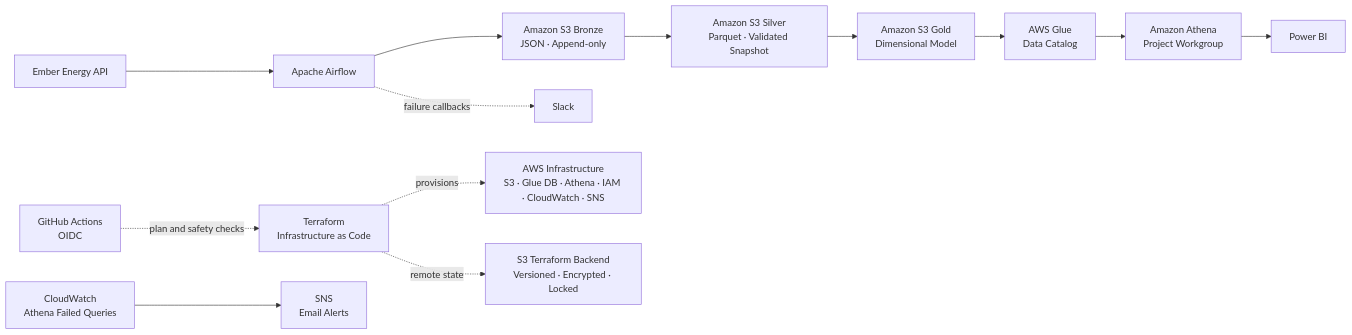
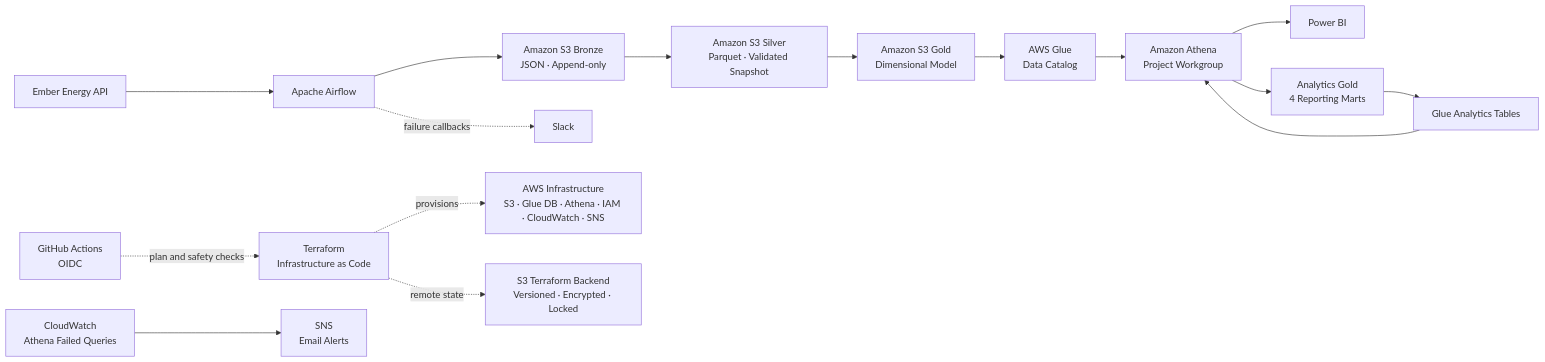
The first of 2 diagrams in docs/architecture/architecture.md (georgeballa7/EuropeanEnergyDataAnalytics), drawn with Mermaid before and after one commit. The commit also changed other lines of this file, not shown here.

Commit message:
Update docs/architecture/architecture.md for six-task Analytics Gold pipeline

````diff
--- a/docs/architecture/architecture.md
+++ b/docs/architecture/architecture.md
@@ -5,16 +5,19 @@
 ```mermaid
 flowchart LR
     API["Ember Energy API"] --> AF["Apache Airflow"]
     AF --> B["Amazon S3 Bronze<br/>JSON · Append-only"]
     B --> S["Amazon S3 Silver<br/>Parquet · Validated Snapshot"]
     S --> G["Amazon S3 Gold<br/>Dimensional Model"]
     G --> GC["AWS Glue<br/>Data Catalog"]
     GC --> AT["Amazon Athena<br/>Project Workgroup"]
     AT --> BI["Power BI"]
+    AT --> AG["Analytics Gold<br/>4 Reporting Marts"]
+    AG --> AGC["Glue Analytics Tables"]
+    AGC --> AT
 
     TF["Terraform<br/>Infrastructure as Code"] -. provisions .-> S3I["AWS Infrastructure<br/>S3 · Glue DB · Athena · IAM · CloudWatch · SNS"]
     AF -. failure callbacks .-> SL["Slack"]
     CW["CloudWatch<br/>Athena Failed Queries"] --> SNS["SNS<br/>Email Alerts"]
     GA["GitHub Actions<br/>OIDC"] -. plan and safety checks .-> TF
     TF -. remote state .-> TFS["S3 Terraform Backend<br/>Versioned · Encrypted · Locked"]
 ```
````
